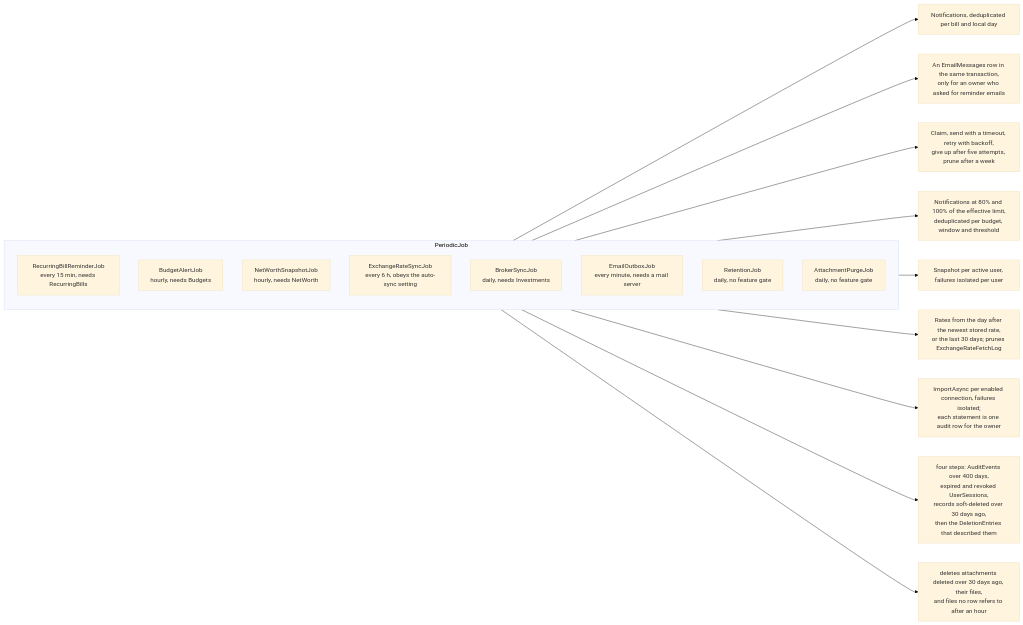
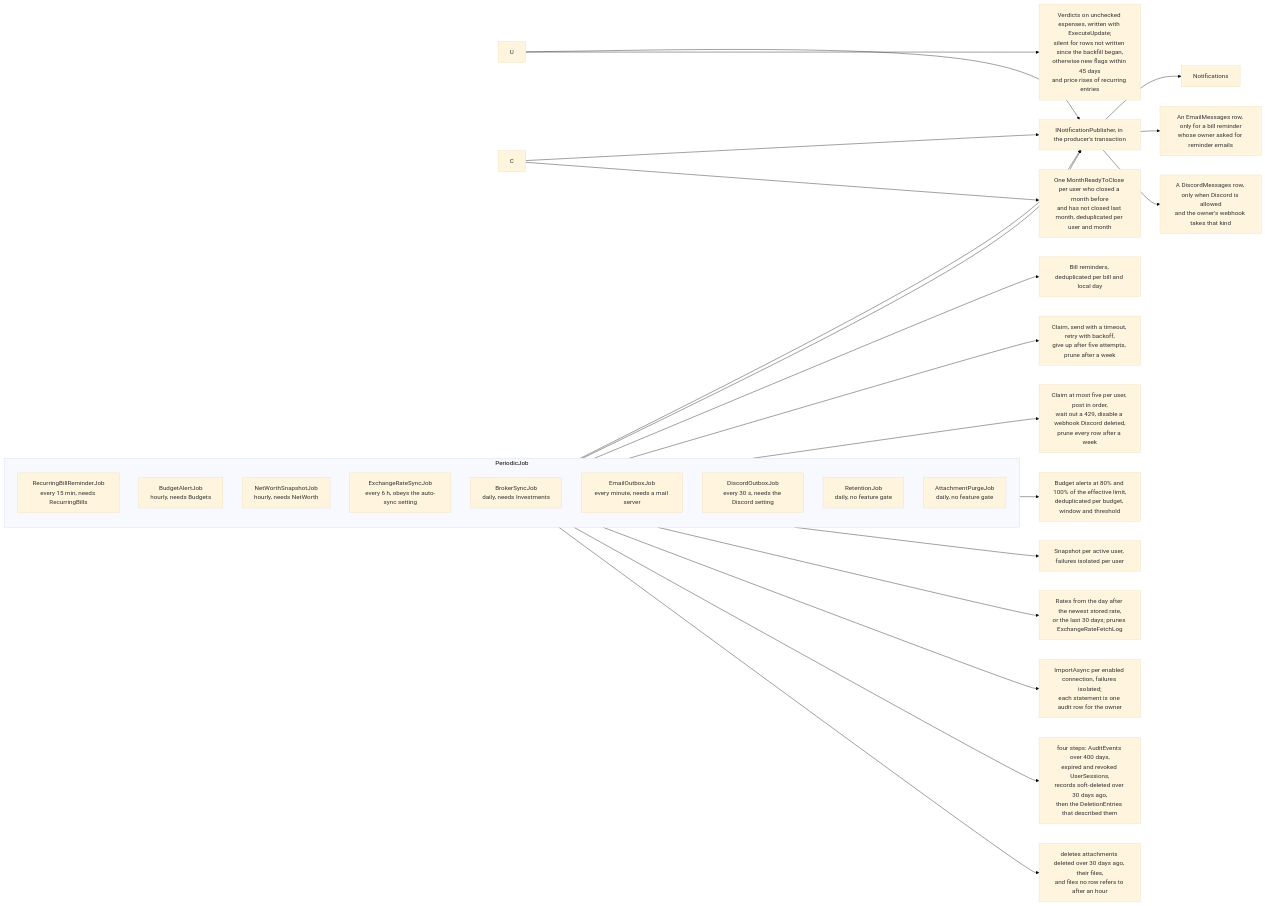
Before and after one commit to Justxs/Jx-Finance: the first of 2 diagrams in docs/features/background-jobs.md, drawn with Mermaid (base theme). The commit also changed other lines of this file and 91 other files, not shown here.

First line of the commit message:
feat(notifications): post notifications to a personal Discord webhook

````diff
--- a/docs/features/background-jobs.md
+++ b/docs/features/background-jobs.md
@@ -7,23 +7,33 @@
 ```mermaid
 flowchart LR
     subgraph PeriodicJob
         direction TB
         R["RecurringBillReminderJob<br/>every 15 min, needs RecurringBills"]
         A["BudgetAlertJob<br/>hourly, needs Budgets"]
         N["NetWorthSnapshotJob<br/>hourly, needs NetWorth"]
         E["ExchangeRateSyncJob<br/>every 6 h, obeys the auto-sync setting"]
         B["BrokerSyncJob<br/>daily, needs Investments"]
         M["EmailOutboxJob<br/>every minute, needs a mail server"]
+        D["DiscordOutboxJob<br/>every 30 s, needs the Discord setting"]
         L["RetentionJob<br/>daily, no feature gate"]
         P["AttachmentPurgeJob<br/>daily, no feature gate"]
     end
-    R --> Notif["Notifications, deduplicated per bill and local day"]
-    R --> Mail["An EmailMessages row in the same transaction,<br/>only for an owner who asked for reminder emails"]
+    R --> Pub["INotificationPublisher, in the producer's transaction"]
+    A --> Pub
+    U --> Pub
+    U --> Verdict["Verdicts on unchecked expenses, written with ExecuteUpdate;<br/>silent for rows not written since the backfill began,<br/>otherwise new flags within 45 days<br/>and price rises of recurring entries"]
+    C --> Pub
+    C --> Ready["One MonthReadyToClose per user who closed a month before<br/>and has not closed last month, deduplicated per user and month"]
+    Pub --> Notif["Notifications"]
+    Pub --> Mail["An EmailMessages row, only for a bill reminder<br/>whose owner asked for reminder emails"]
+    Pub --> Disc["A DiscordMessages row, only when Discord is allowed<br/>and the owner's webhook takes that kind"]
+    R --> BillDedupe["Bill reminders, deduplicated per bill and local day"]
     M --> Send["Claim, send with a timeout, retry with backoff,<br/>give up after five attempts, prune after a week"]
-    A --> Alert["Notifications at 80% and 100% of the effective limit,<br/>deduplicated per budget, window and threshold"]
+    D --> Post["Claim at most five per user, post in order,<br/>wait out a 429, disable a webhook Discord deleted,<br/>prune every row after a week"]
+    A --> Alert["Budget alerts at 80% and 100% of the effective limit,<br/>deduplicated per budget, window and threshold"]
     N --> Snap["Snapshot per active user, failures isolated per user"]
     E --> Rates["Rates from the day after the newest stored rate,<br/>or the last 30 days; prunes ExchangeRateFetchLog"]
     B --> Imp["ImportAsync per enabled connection, failures isolated;<br/>each statement is one audit row for the owner"]
     L --> Prune["four steps: AuditEvents over 400 days,<br/>expired and revoked UserSessions,<br/>records soft-deleted over 30 days ago,<br/>then the DeletionEntries that described them"]
     P --> Purge["deletes attachments deleted over 30 days ago, their files,<br/>and files no row refers to after an hour"]
 ```
````
